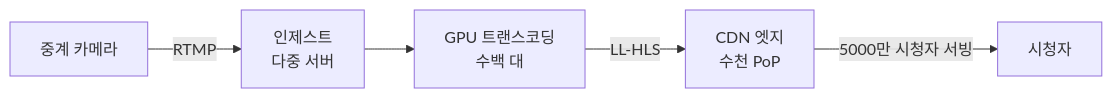
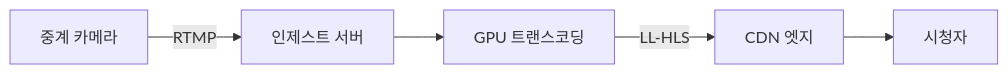
Diagram 11 of 12 in _posts/systemdesign/2026-05-03-system-design-video-streaming.md (yjkim2015/yjkim2015.github.io), drawn with Mermaid before and after one commit. The commit also changed other lines of this file and 245 other files, not shown here.

First line of the commit message:
Mermaid 다이어그램 전면 수정 + 면접 포인트 접기/펼치기 + DB 데드락 페이지

````diff
--- a/_posts/systemdesign/2026-05-03-system-design-video-streaming.md
+++ b/_posts/systemdesign/2026-05-03-system-design-video-streaming.md
@@ -715,7 +715,7 @@
 ```mermaid
 graph LR
-    CAM[중계 카메라] -->|RTMP| IG[인제스트<br/>다중 서버]
-    IG --> TC[GPU 트랜스코딩<br/>수백 대]
-    TC -->|LL-HLS| CDN[CDN 엣지<br/>수천 PoP]
-    CDN -->|5000만 시청자 서빙| V[시청자]
+    CAM[중계 카메라] -->|RTMP| IG[인제스트 서버]
+    IG --> TC[GPU 트랜스코딩]
+    TC -->|LL-HLS| CDN[CDN 엣지]
+    CDN --> V[시청자]
 ```
````
